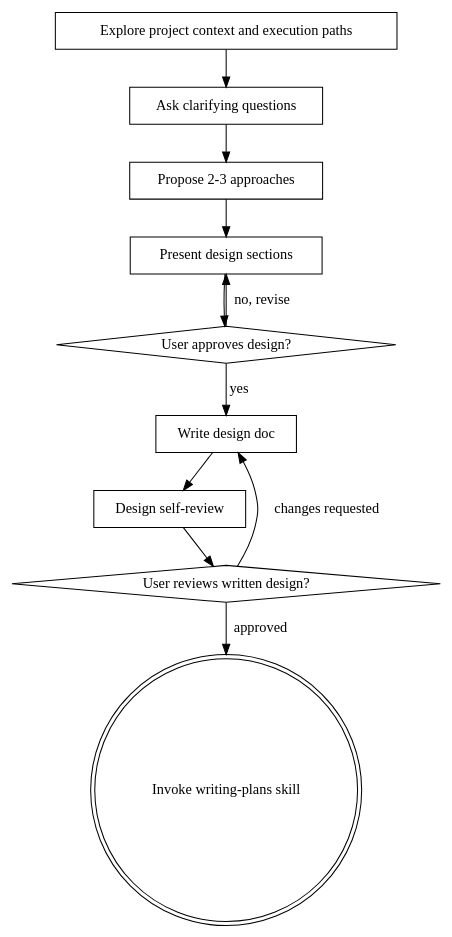
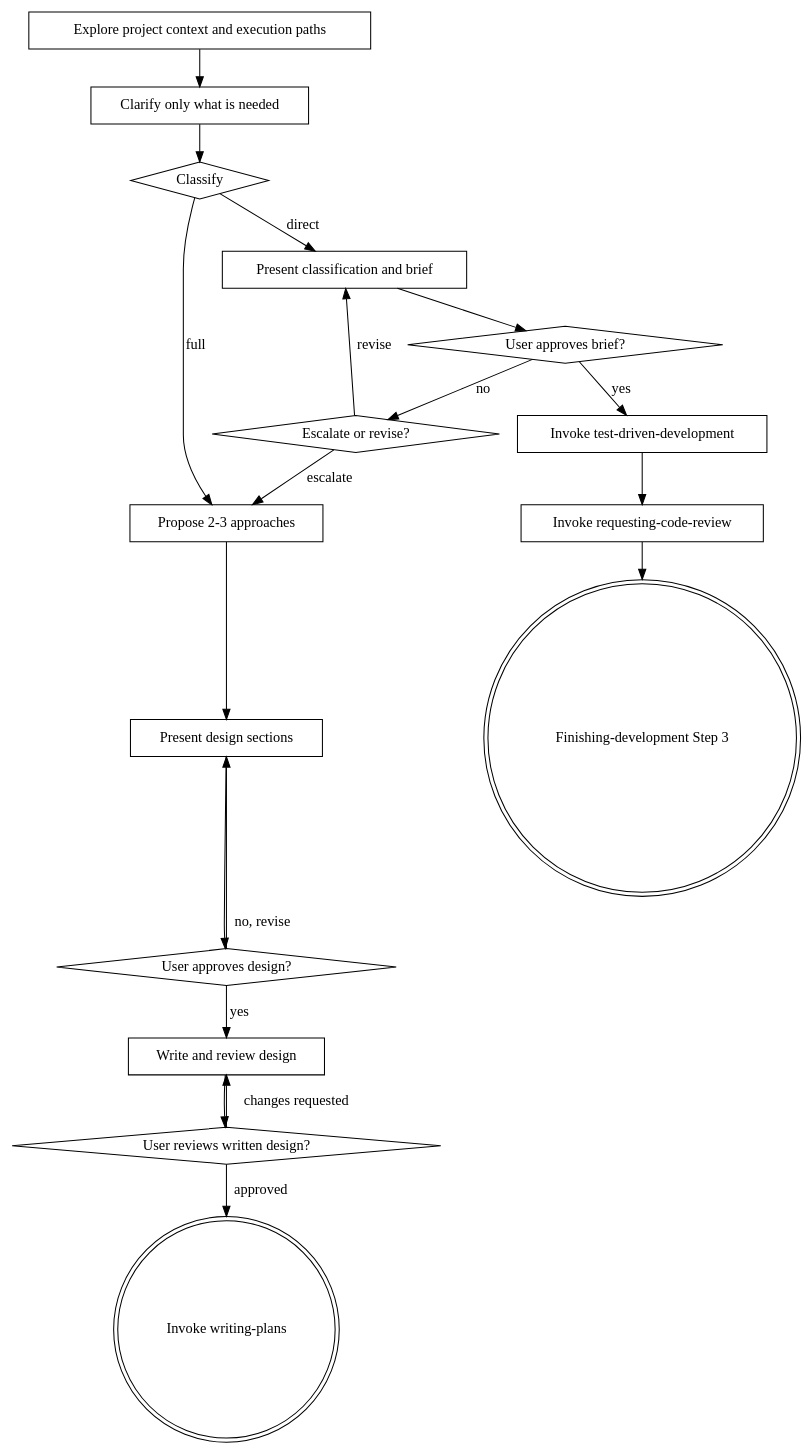
The diagram in skills/brainstorming/SKILL.md (j10t-dev/1337-skills), drawn with Graphviz before and after one commit. The commit also changed other lines of this file and 1 other file, not shown here.

````diff
--- a/skills/brainstorming/SKILL.md
+++ b/skills/brainstorming/SKILL.md
@@ -39,24 +46,38 @@
 ```dot
 digraph brainstorming {
     "Explore project context and execution paths" [shape=box];
-    "Ask clarifying questions" [shape=box];
+    "Clarify only what is needed" [shape=box];
+    "Classify" [shape=diamond];
+    "Present classification and brief" [shape=box];
+    "User approves brief?" [shape=diamond];
+    "Escalate or revise?" [shape=diamond];
+    "Invoke test-driven-development" [shape=box];
+    "Invoke requesting-code-review" [shape=box];
+    "Finishing-development Step 3" [shape=doublecircle];
     "Propose 2-3 approaches" [shape=box];
     "Present design sections" [shape=box];
     "User approves design?" [shape=diamond];
-    "Write design doc" [shape=box];
-    "Design self-review" [shape=box];
+    "Write and review design" [shape=box];
     "User reviews written design?" [shape=diamond];
-    "Invoke writing-plans skill" [shape=doublecircle];
+    "Invoke writing-plans" [shape=doublecircle];
 
-    "Explore project context and execution paths" -> "Ask clarifying questions";
-    "Ask clarifying questions" -> "Propose 2-3 approaches";
+    "Explore project context and execution paths" -> "Clarify only what is needed";
+    "Clarify only what is needed" -> "Classify";
+    "Classify" -> "Present classification and brief" [label="direct"];
+    "Classify" -> "Propose 2-3 approaches" [label="full"];
+    "Present classification and brief" -> "User approves brief?";
+    "User approves brief?" -> "Invoke test-driven-development" [label="yes"];
+    "User approves brief?" -> "Escalate or revise?" [label="no"];
+    "Escalate or revise?" -> "Propose 2-3 approaches" [label="escalate"];
+    "Escalate or revise?" -> "Present classification and brief" [label="revise"];
+    "Invoke test-driven-development" -> "Invoke requesting-code-review";
+    "Invoke requesting-code-review" -> "Finishing-development Step 3";
     "Propose 2-3 approaches" -> "Present design sections";
     "Present design sections" -> "User approves design?";
     "User approves design?" -> "Present design sections" [label="no, revise"];
-    "User approves design?" -> "Write design doc" [label="yes"];
-    "Write design doc" -> "Design self-review";
-    "Design self-review" -> "User reviews written design?";
-    "User reviews written design?" -> "Write design doc" [label="changes requested"];
-    "User reviews written design?" -> "Invoke writing-plans skill" [label="approved"];
+    "User approves design?" -> "Write and review design" [label="yes"];
+    "Write and review design" -> "User reviews written design?";
+    "User reviews written design?" -> "Write and review design" [label="changes requested"];
+    "User reviews written design?" -> "Invoke writing-plans" [label="approved"];
 }
 ```
````
